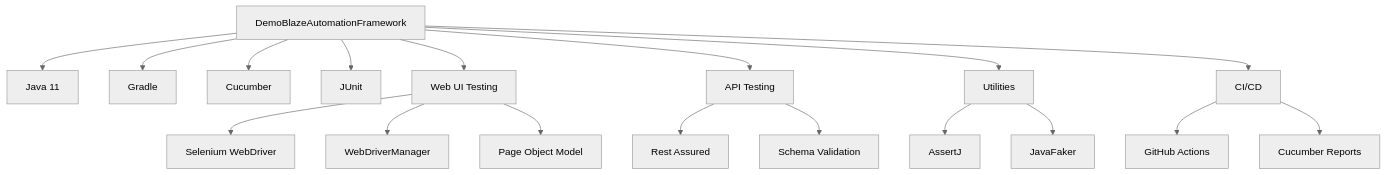
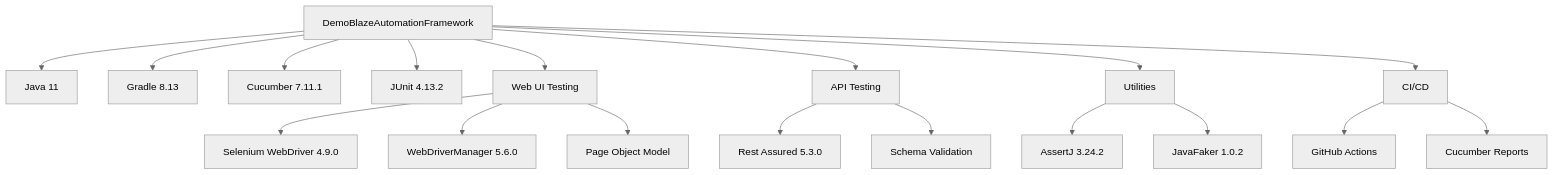
The first of 7 diagrams in README.md (azka-art/DemoBlaze-automation-framework), drawn with Mermaid (neutral theme) before and after one commit. The commit also changed other lines of this file and 12 other files, not shown here.

````diff
--- a/README.md
+++ b/README.md
@@ -23,24 +23,24 @@
 ```mermaid
 graph TD
     A[DemoBlazeAutomationFramework] --> B[Java 11]
-    A --> C[Gradle]
-    A --> D[Cucumber]
-    A --> E[JUnit]
+    A --> C[Gradle 8.13]
+    A --> D[Cucumber 7.11.1]
+    A --> E[JUnit 4.13.2]
     
     A --> F[Web UI Testing]
-    F --> G[Selenium WebDriver]
-    F --> H[WebDriverManager]
+    F --> G[Selenium WebDriver 4.9.0]
+    F --> H[WebDriverManager 5.6.0]
     F --> I[Page Object Model]
     
     A --> J[API Testing]
-    J --> K[Rest Assured]
+    J --> K[Rest Assured 5.3.0]
     J --> L[Schema Validation]
     
     A --> M[Utilities]
-    M --> N[AssertJ]
-    M --> O[JavaFaker]
+    M --> N[AssertJ 3.24.2]
+    M --> O[JavaFaker 1.0.2]
     
     A --> P[CI/CD]
     P --> Q[GitHub Actions]
     P --> R[Cucumber Reports]
 ```
````
